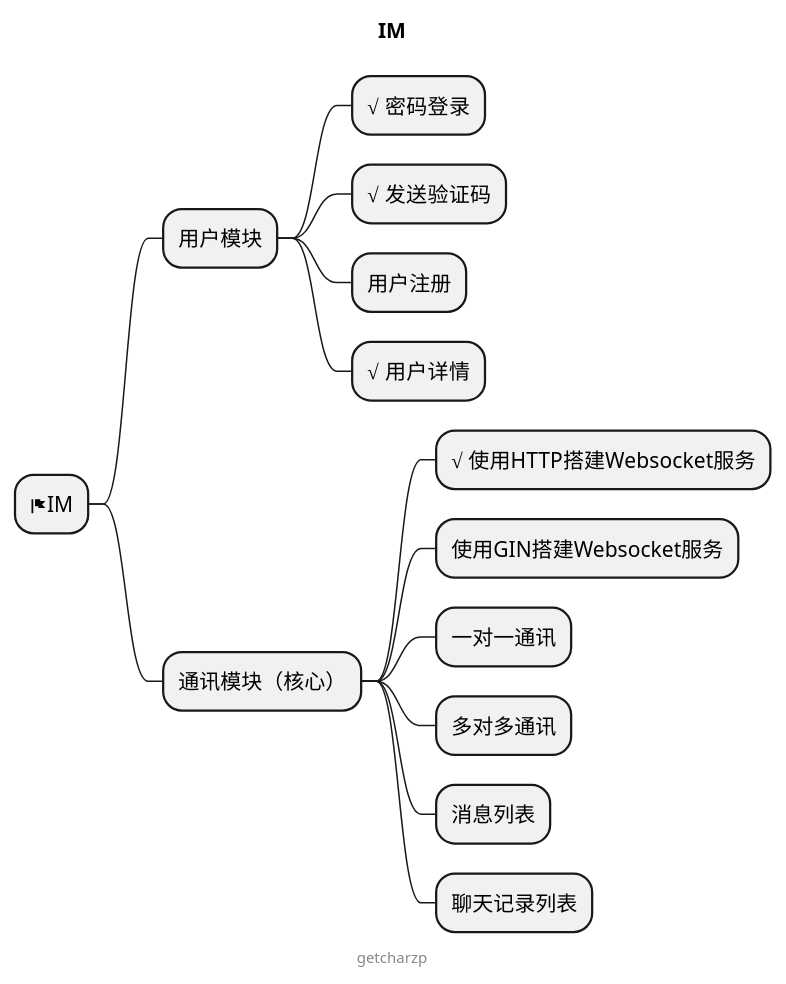
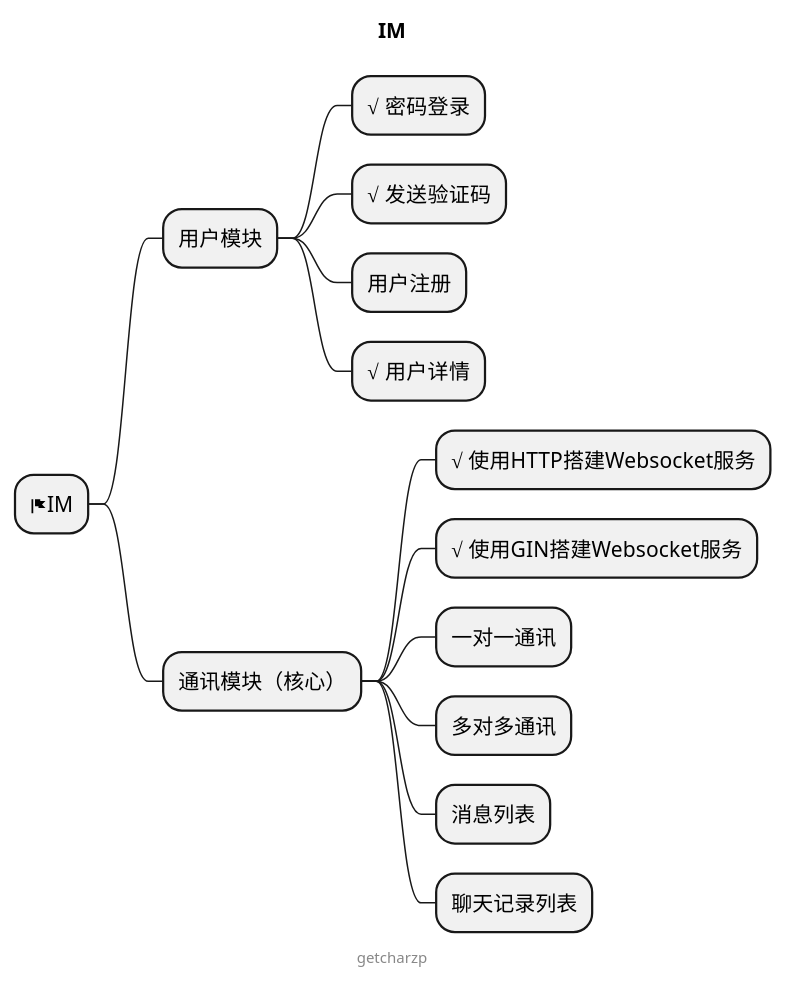
One commit to GetcharZp/im changed the diagram in MIND.puml. Above: the diagram before and after it, drawn with PlantUML. The commit also changed 1 other file, not shown here.

```diff
--- a/MIND.puml
+++ b/MIND.puml
@@ -1,21 +1,21 @@
 @startmindmap
 
 title IM
 
 * <&flag>IM
 ** 用户模块
 *** √ 密码登录
 *** √ 发送验证码
 *** 用户注册
 *** √ 用户详情
 ** 通讯模块（核心）
 *** √ 使用HTTP搭建Websocket服务
-*** 使用GIN搭建Websocket服务
+*** √ 使用GIN搭建Websocket服务
 *** 一对一通讯
 *** 多对多通讯
 *** 消息列表
 *** 聊天记录列表
 
 center footer getcharzp
 
 @endmindmap
```
